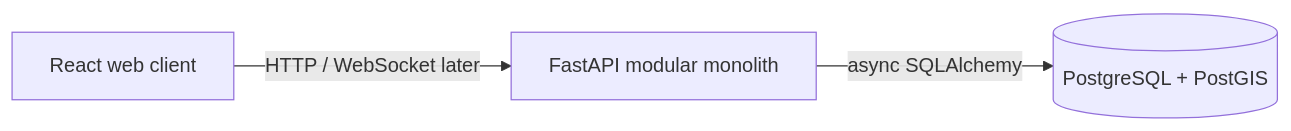
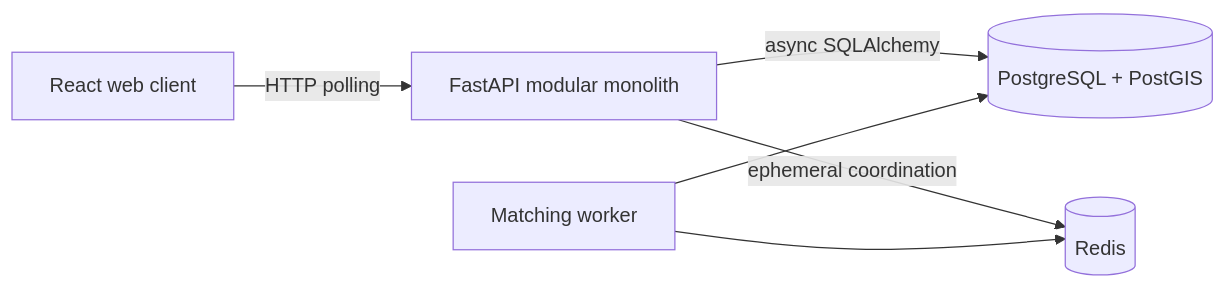
One commit to Singatha/ride-flow changed the diagram in README.md. Above: the diagram before and after it, drawn with Mermaid. The commit also changed other lines of this file and 39 other files, not shown here.

Commit message:
feat(matching): add Redis-backed driver offers

````diff
--- a/README.md
+++ b/README.md
@@ -9,5 +9,8 @@
 ```mermaid
 flowchart LR
-    Browser[React web client] -->|HTTP / WebSocket later| API[FastAPI modular monolith]
+    Browser[React web client] -->|HTTP polling| API[FastAPI modular monolith]
     API -->|async SQLAlchemy| DB[(PostgreSQL + PostGIS)]
+    API -->|ephemeral coordination| Redis[(Redis)]
+    Worker[Matching worker] --> DB
+    Worker --> Redis
 ```
````
